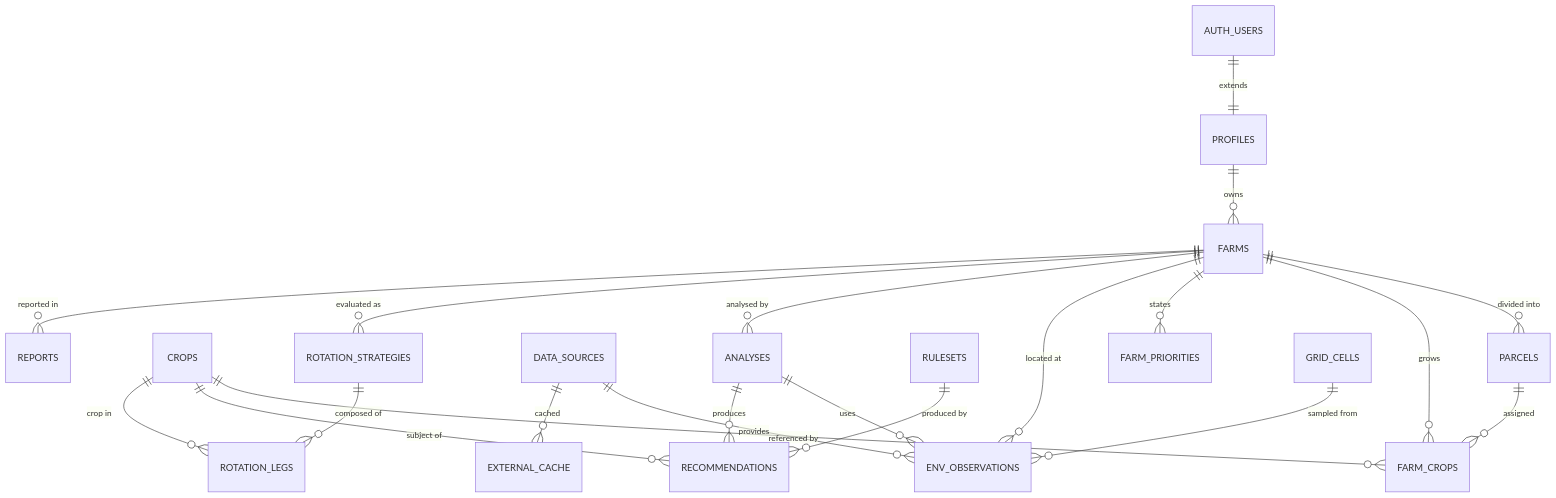
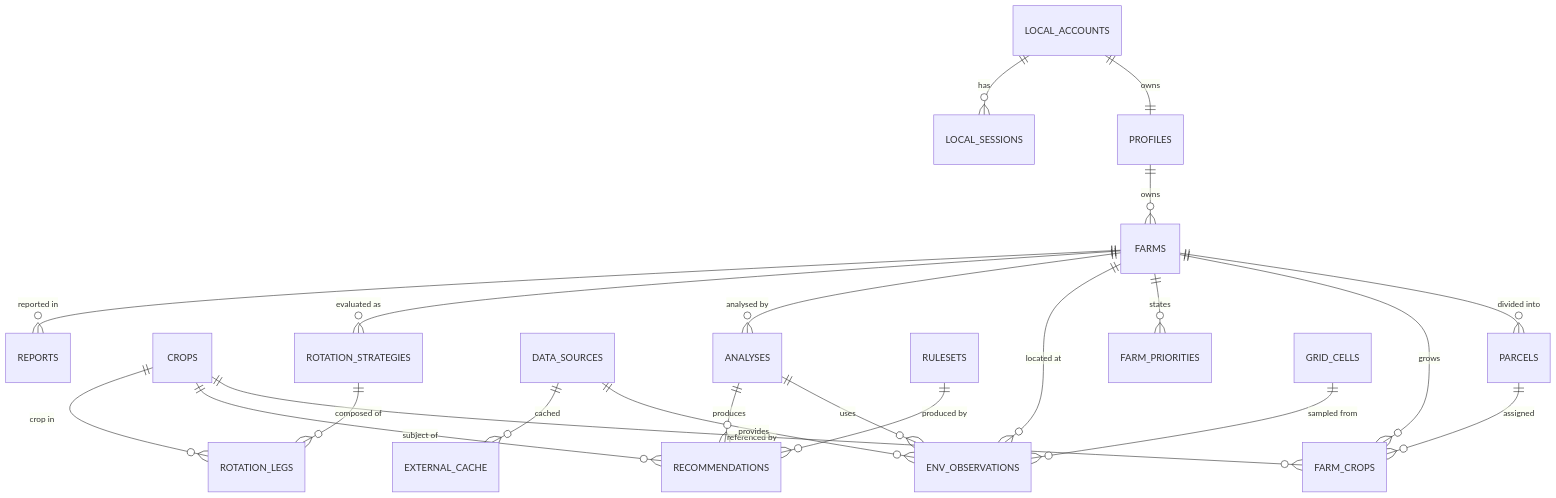
The diagram in docs/database/data-model.md (vip-ultr/dalashift), drawn with Mermaid before and after one commit. The commit also changed other lines of this file and 40 other files, not shown here.

Commit message:
feat(auth): replace Supabase Auth with first-party sessions

````diff
--- a/docs/database/data-model.md
+++ b/docs/database/data-model.md
@@ -33,23 +35,24 @@
 ```mermaid
 erDiagram
-    AUTH_USERS ||--|| PROFILES : "extends"
+    LOCAL_ACCOUNTS ||--|| PROFILES : "owns"
+    LOCAL_ACCOUNTS ||--o{ LOCAL_SESSIONS : "has"
     PROFILES ||--o{ FARMS : "owns"
     FARMS ||--o{ PARCELS : "divided into"
     FARMS ||--o{ FARM_CROPS : "grows"
     PARCELS ||--o{ FARM_CROPS : "assigned"
     CROPS ||--o{ FARM_CROPS : "referenced by"
     FARMS ||--o{ FARM_PRIORITIES : "states"
     DATA_SOURCES ||--o{ ENV_OBSERVATIONS : "provides"
     FARMS ||--o{ ENV_OBSERVATIONS : "located at"
     ANALYSES ||--o{ ENV_OBSERVATIONS : "uses"
     FARMS ||--o{ ANALYSES : "analysed by"
     ANALYSES ||--o{ RECOMMENDATIONS : "produces"
     CROPS ||--o{ RECOMMENDATIONS : "subject of"
     RULESETS ||--o{ RECOMMENDATIONS : "produced by"
     FARMS ||--o{ ROTATION_STRATEGIES : "evaluated as"
     ROTATION_STRATEGIES ||--o{ ROTATION_LEGS : "composed of"
     CROPS ||--o{ ROTATION_LEGS : "crop in"
     FARMS ||--o{ REPORTS : "reported in"
     DATA_SOURCES ||--o{ EXTERNAL_CACHE : "cached"
     GRID_CELLS ||--o{ ENV_OBSERVATIONS : "sampled from"
 ```
````
